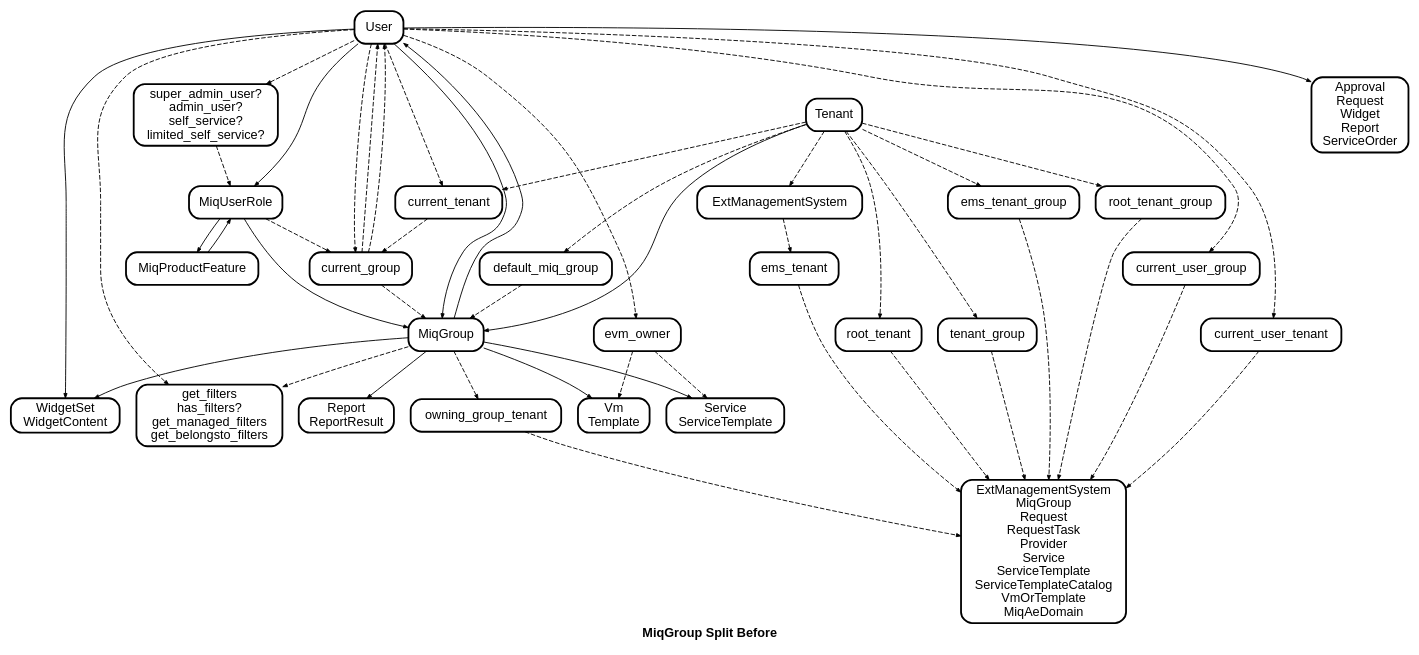
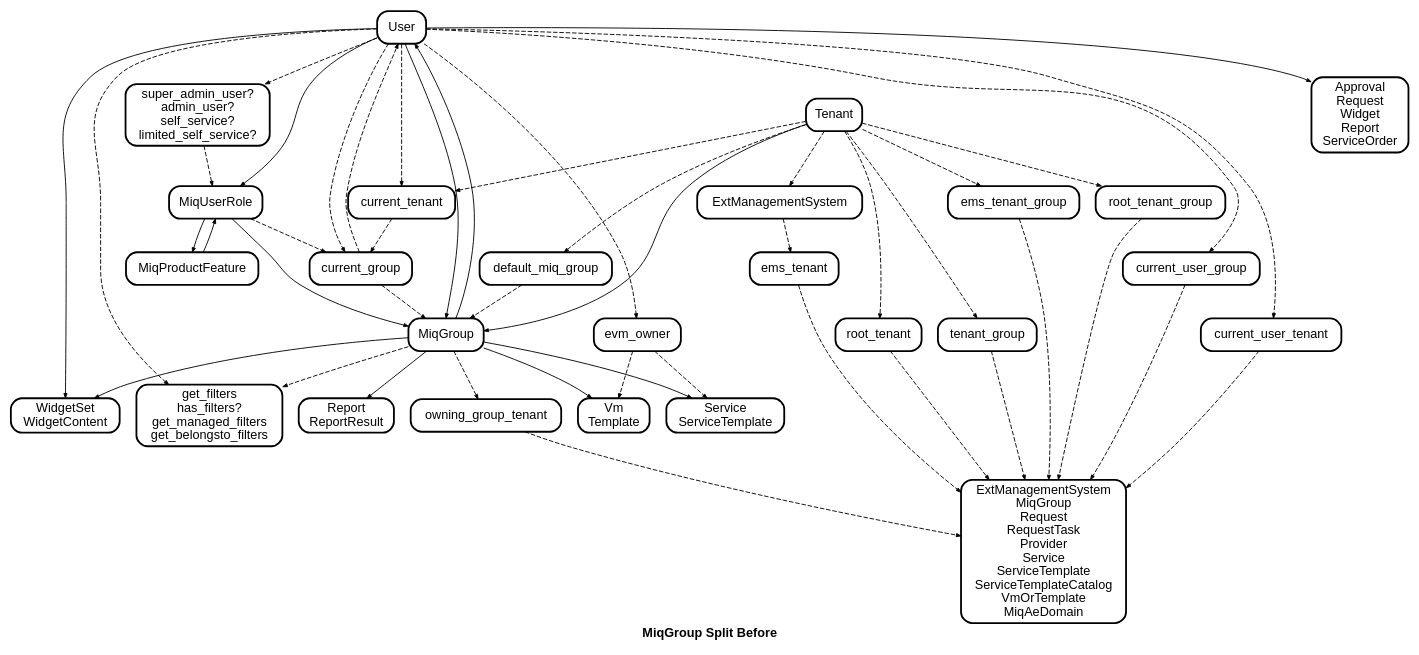
One commit to jrafanie/miq_group_split changed the diagram in miq_group_split_before.dot. Above: the diagram before and after it, drawn with Graphviz.

Commit message:
Remove redundant current_group -> User edge.

```diff
--- a/miq_group_split_before.dot
+++ b/miq_group_split_before.dot
@@ -1,48 +1,48 @@
 digraph MiqGroupSplitBefore {
 	graph [ fontname="Helvetica-Bold" ]
 	node  [ id="\N" shape="Mrecord" style="filled" fontname="Helvetica" fillcolor="#ffffff" penwidth="2" ]
 	edge  [ arrowsize="0.5" fontname="Helvetica" ]
 
 	label="MiqGroup Split Before"
 	style="rounded"
 
 	user_owned_resources [label="Approval\nRequest\nWidget\nReport\nServiceOrder"]
 	group_owned_resources [label="Report\nReportResult"]
 	widgetset_content [label = "WidgetSet\nWidgetContent"]
 	owned_vms [label="Vm\nTemplate"]
 	filters [label="get_filters\nhas_filters?\nget_managed_filters\nget_belongsto_filters"]
 	user_levels [label="super_admin_user?\nadmin_user?\nself_service?\nlimited_self_service?"]
 	service_resources [label="Service\nServiceTemplate"]
 	tenancy_resources [label="ExtManagementSystem\nMiqGroup\nRequest\nRequestTask\nProvider\nService\nServiceTemplate\nServiceTemplateCatalog\nVmOrTemplate\nMiqAeDomain"]
 
 	Tenant -> MiqGroup
 	Tenant -> default_miq_group -> MiqGroup [style="dashed"]
 	MiqUserRole -> MiqGroup
 	MiqUserRole -> MiqProductFeature
 	MiqProductFeature -> MiqUserRole
 	MiqGroup -> User
 
 	# OwnershipMixin
 	MiqGroup -> owned_vms, group_owned_resources, widgetset_content, service_resources
 	User -> evm_owner -> owned_vms, service_resources [style="dashed"]
 
 	User -> MiqUserRole, MiqGroup
 	User -> current_tenant, current_group, filters [style="dashed"]
 	User -> user_levels -> MiqUserRole [style="dashed"]
 	MiqGroup -> filters [style="dashed"]
 
 	User -> user_owned_resources, widgetset_content
 	current_group -> MiqGroup [style="dashed"]
 	MiqUserRole -> current_group -> User [style="dashed"]
-	Tenant -> current_tenant -> current_group -> User [style="dashed"]
+	Tenant -> current_tenant -> current_group [style="dashed"]
 
 	# TenancyMixin
 	MiqGroup -> owning_group_tenant -> tenancy_resources [style="dashed"]
 	User -> current_user_tenant -> tenancy_resources [style="dashed"]
 	Tenant -> ExtManagementSystem -> ems_tenant -> tenancy_resources [style="dashed"]
 	Tenant -> root_tenant -> tenancy_resources [style="dashed"]
 	Tenant -> tenant_group -> tenancy_resources [style="dashed"]
 	User -> current_user_group -> tenancy_resources [style="dashed"]
 	Tenant -> ems_tenant_group -> tenancy_resources [style="dashed"]
 	Tenant -> root_tenant_group -> tenancy_resources [style="dashed"]
 }
```
